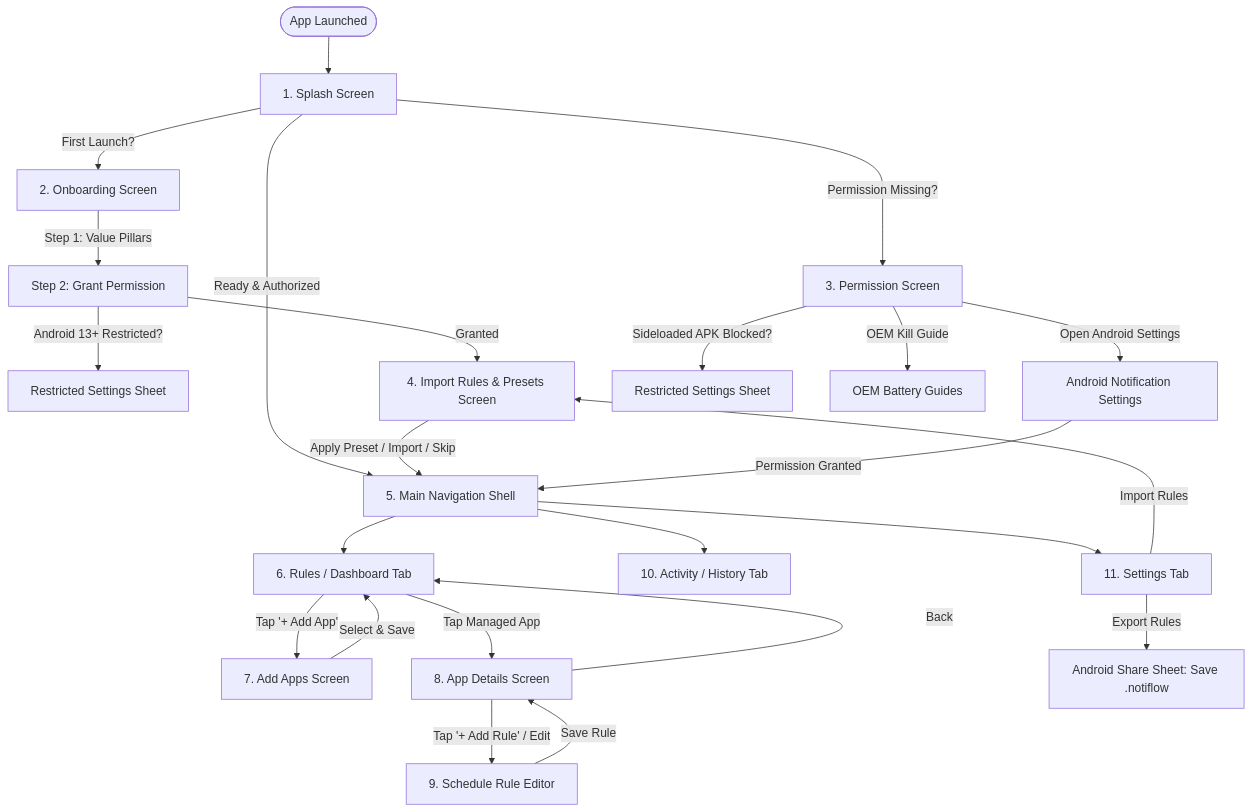
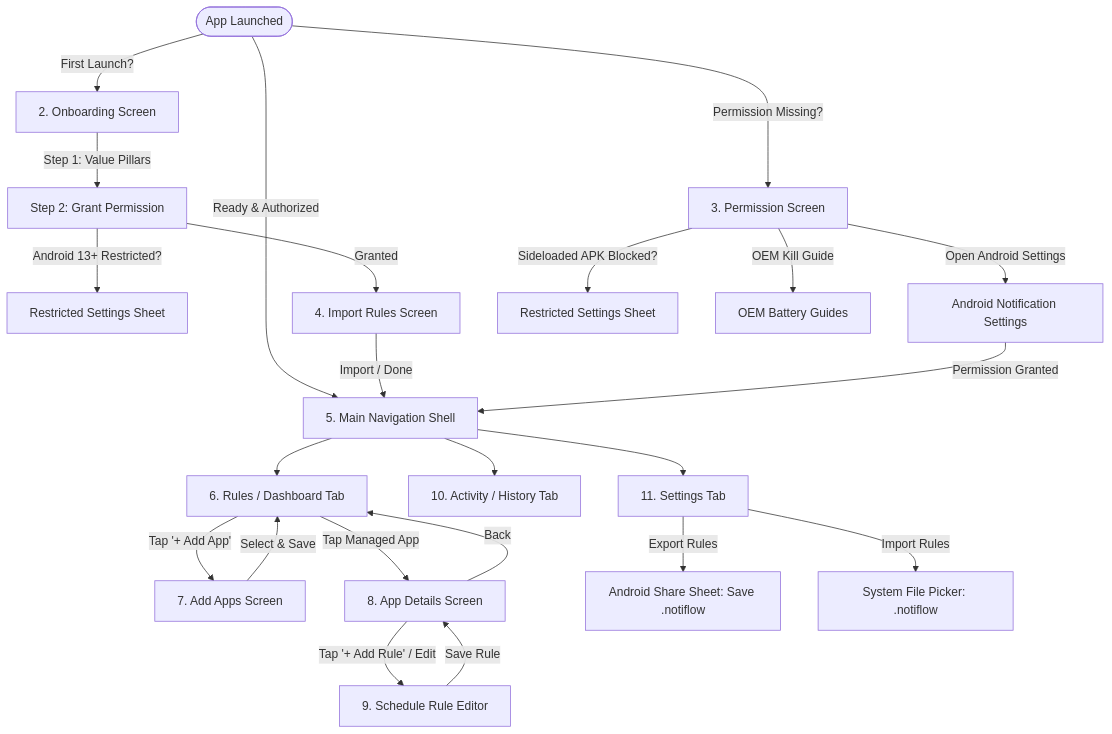
The diagram in APP_FEATURES.md (nawabrahbar/notiflow), drawn with Mermaid before and after one commit. The commit also changed other lines of this file and 36 other files, not shown here.

First line of the commit message:
feat(ui): redesign screens, remove splash, streamline backup import (#15)

````diff
--- a/APP_FEATURES.md
+++ b/APP_FEATURES.md
@@ -52,39 +52,37 @@
 ```mermaid
 flowchart TD
-    Start([App Launched]) --> Splash[1. Splash Screen]
-    
-    Splash -->|First Launch?| Onboarding[2. Onboarding Screen]
-    Splash -->|Permission Missing?| Perm[3. Permission Screen]
-    Splash -->|Ready & Authorized| Shell[5. Main Navigation Shell]
+    Start([App Launched]) -->|First Launch?| Onboarding[2. Onboarding Screen]
+    Start -->|Permission Missing?| Perm[3. Permission Screen]
+    Start -->|Ready & Authorized| Shell[5. Main Navigation Shell]
     
     %% Onboarding Flow
     Onboarding -->|Step 1: Value Pillars| OnboardingStep2[Step 2: Grant Permission]
     OnboardingStep2 -->|Android 13+ Restricted?| Sheet1[Restricted Settings Sheet]
-    OnboardingStep2 -->|Granted| ImportRules[4. Import Rules & Presets Screen]
-    ImportRules -->|Apply Preset / Import / Skip| Shell
+    OnboardingStep2 -->|Granted| ImportRules[4. Import Rules Screen]
+    ImportRules -->|Import / Done| Shell
     
     %% Permission Recovery Flow
     Perm -->|Open Android Settings| SystemPerm[Android Notification Settings]
     Perm -->|Sideloaded APK Blocked?| Sheet2[Restricted Settings Sheet]
     Perm -->|OEM Kill Guide| BatteryTips[OEM Battery Guides]
     SystemPerm -->|Permission Granted| Shell
     
     %% Main Tabs Flow
     Shell --> Tab1[6. Rules / Dashboard Tab]
     Shell --> Tab2[10. Activity / History Tab]
     Shell --> Tab3[11. Settings Tab]
     
     %% Dashboard Sub-flows
     Tab1 -->|Tap '+ Add App'| AddApps[7. Add Apps Screen]
     AddApps -->|Select & Save| Tab1
     Tab1 -->|Tap Managed App| AppDetails[8. App Details Screen]
     
     %% App Details & Editor Sub-flows
     AppDetails -->|Tap '+ Add Rule' / Edit| Editor[9. Schedule Rule Editor]
     Editor -->|Save Rule| AppDetails
     AppDetails -->|Back| Tab1
     
     %% Settings Sub-flows
     Tab3 -->|Export Rules| ExportSheet[Android Share Sheet: Save .notiflow]
-    Tab3 -->|Import Rules| ImportRules
+    Tab3 -->|Import Rules| FilePicker[System File Picker: .notiflow]
 ```
````
